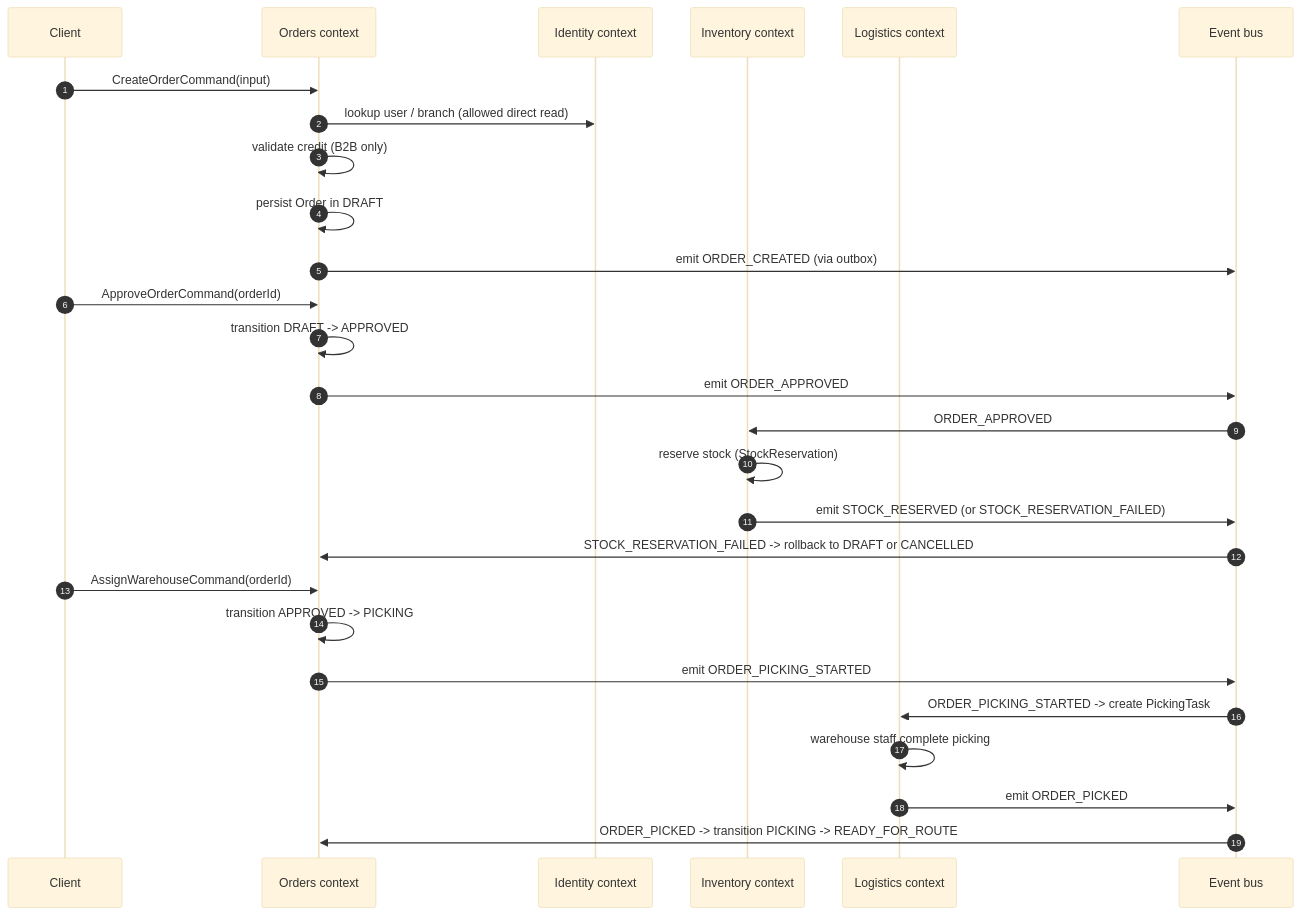
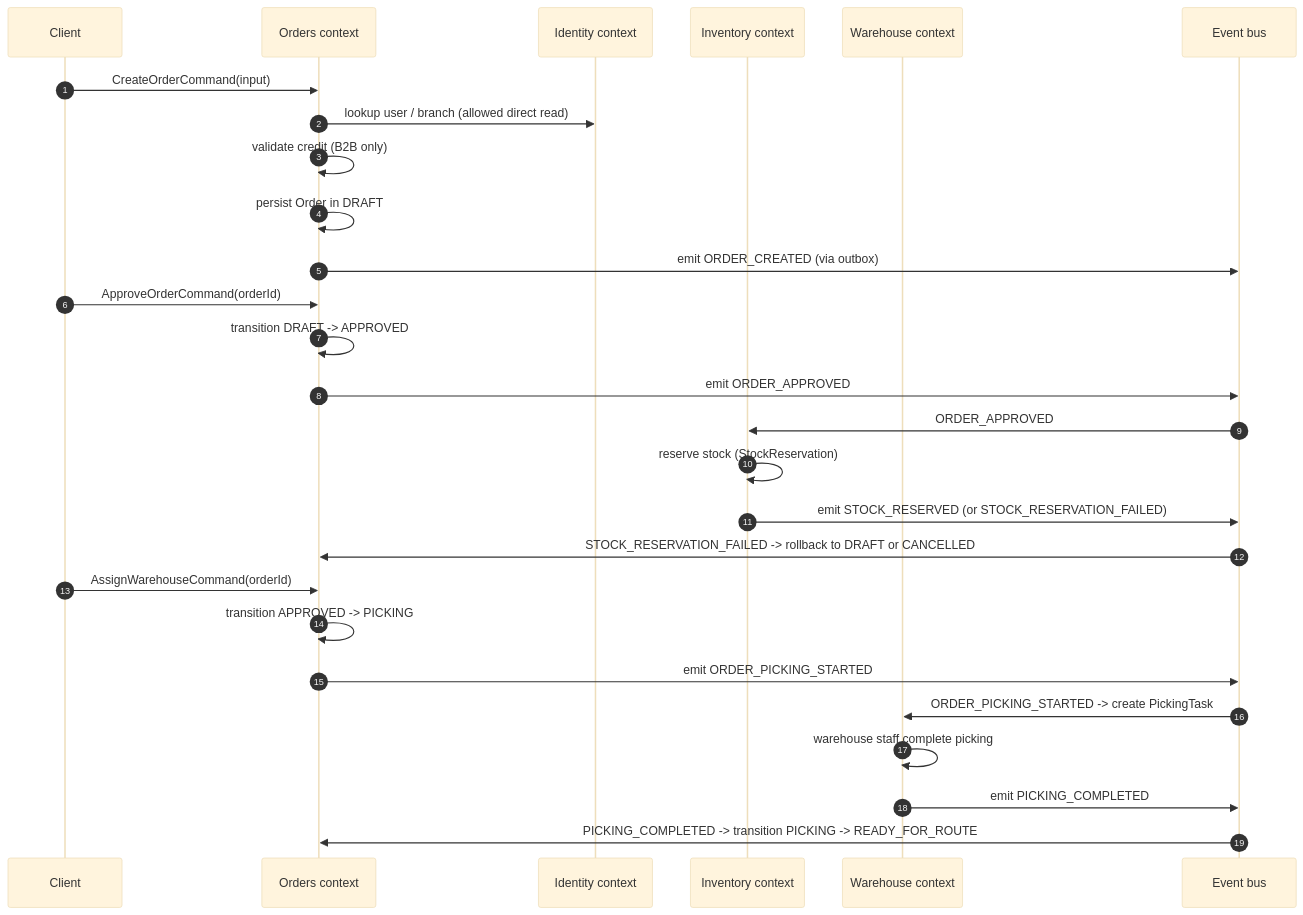
Before and after one commit to kevin-esq/binexus-platform: the diagram in docs/workflows/order-creation.md, drawn with Mermaid (base theme). The commit also changed other lines of this file and 25 other files, not shown here.

````diff
--- a/docs/workflows/order-creation.md
+++ b/docs/workflows/order-creation.md
@@ -5,30 +5,30 @@
 ```mermaid
 sequenceDiagram
     autonumber
     participant Client
     participant OrdersAPI as Orders context
     participant Identity as Identity context
     participant Inventory as Inventory context
-    participant Logistics as Logistics context
+    participant Warehouse as Warehouse context
     participant Bus as Event bus
 
     Client->>OrdersAPI: CreateOrderCommand(input)
     OrdersAPI->>Identity: lookup user / branch (allowed direct read)
     OrdersAPI->>OrdersAPI: validate credit (B2B only)
     OrdersAPI->>OrdersAPI: persist Order in DRAFT
     OrdersAPI->>Bus: emit ORDER_CREATED (via outbox)
     Client->>OrdersAPI: ApproveOrderCommand(orderId)
     OrdersAPI->>OrdersAPI: transition DRAFT -> APPROVED
     OrdersAPI->>Bus: emit ORDER_APPROVED
     Bus->>Inventory: ORDER_APPROVED
     Inventory->>Inventory: reserve stock (StockReservation)
     Inventory->>Bus: emit STOCK_RESERVED (or STOCK_RESERVATION_FAILED)
     Bus->>OrdersAPI: STOCK_RESERVATION_FAILED -> rollback to DRAFT or CANCELLED
     Client->>OrdersAPI: AssignWarehouseCommand(orderId)
     OrdersAPI->>OrdersAPI: transition APPROVED -> PICKING
     OrdersAPI->>Bus: emit ORDER_PICKING_STARTED
-    Bus->>Logistics: ORDER_PICKING_STARTED -> create PickingTask
-    Logistics->>Logistics: warehouse staff complete picking
-    Logistics->>Bus: emit ORDER_PICKED
-    Bus->>OrdersAPI: ORDER_PICKED -> transition PICKING -> READY_FOR_ROUTE
+    Bus->>Warehouse: ORDER_PICKING_STARTED -> create PickingTask
+    Warehouse->>Warehouse: warehouse staff complete picking
+    Warehouse->>Bus: emit PICKING_COMPLETED
+    Bus->>OrdersAPI: PICKING_COMPLETED -> transition PICKING -> READY_FOR_ROUTE
 ```
````
